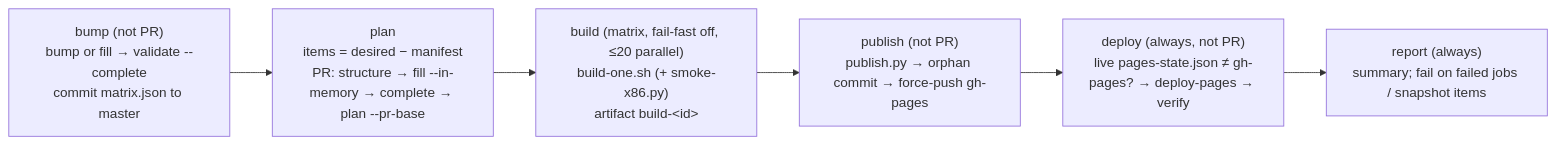
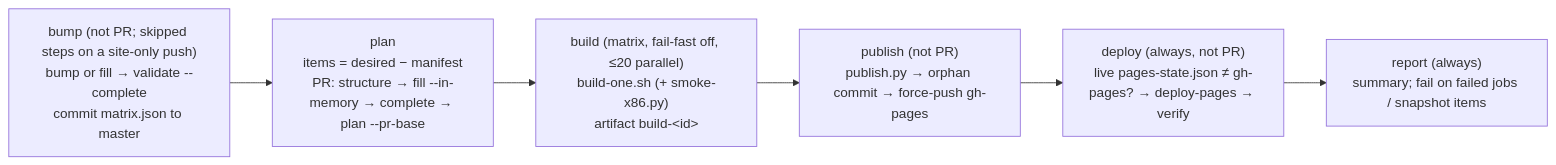
Before and after one commit to bjin/phantun-dkms-openwrt: the diagram in DEVELOPMENT.md, drawn with Mermaid. The commit also changed other lines of this file and 7 other files, not shown here.

````diff
--- a/DEVELOPMENT.md
+++ b/DEVELOPMENT.md
@@ -319,9 +350,9 @@
 ```mermaid
 flowchart LR
-  bump["bump (not PR)<br/>bump or fill → validate --complete<br/>commit matrix.json to master"] --> plan
+  bump["bump (not PR; skipped steps on a site-only push)<br/>bump or fill → validate --complete<br/>commit matrix.json to master"] --> plan
   plan["plan<br/>items = desired − manifest<br/>PR: structure → fill --in-memory → complete → plan --pr-base"] --> build
   build["build (matrix, fail-fast off, ≤20 parallel)<br/>build-one.sh (+ smoke-x86.py)<br/>artifact build-&lt;id&gt;"] --> publish
   publish["publish (not PR)<br/>publish.py → orphan commit → force-push gh-pages"] --> deploy
   deploy["deploy (always, not PR)<br/>live pages-state.json ≠ gh-pages? → deploy-pages → verify"] --> report
   report["report (always)<br/>summary; fail on failed jobs / snapshot items"]
 ```
````
